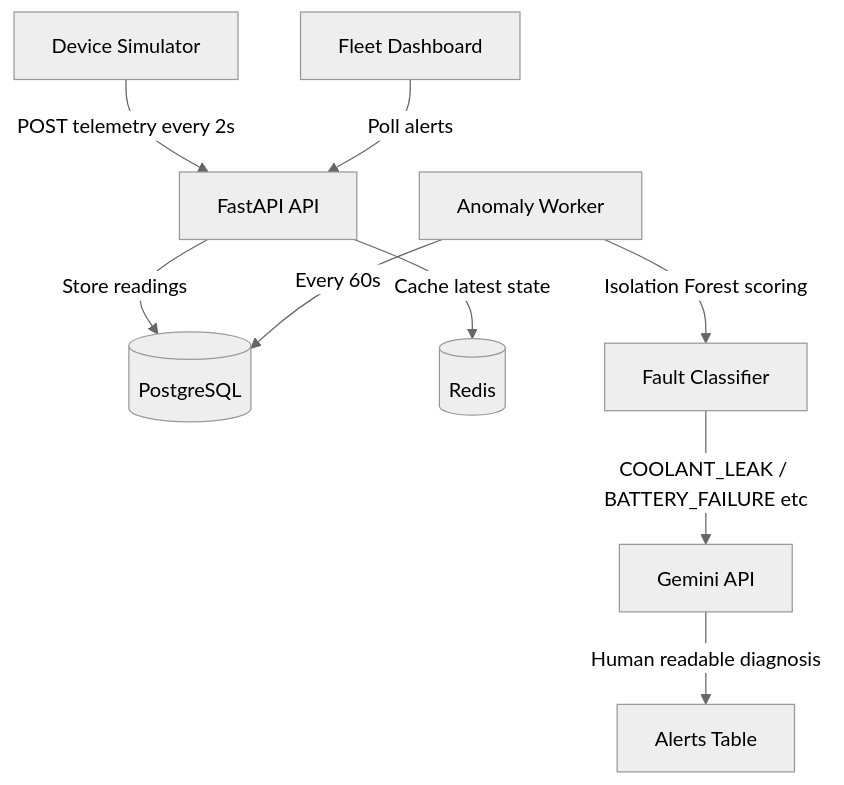
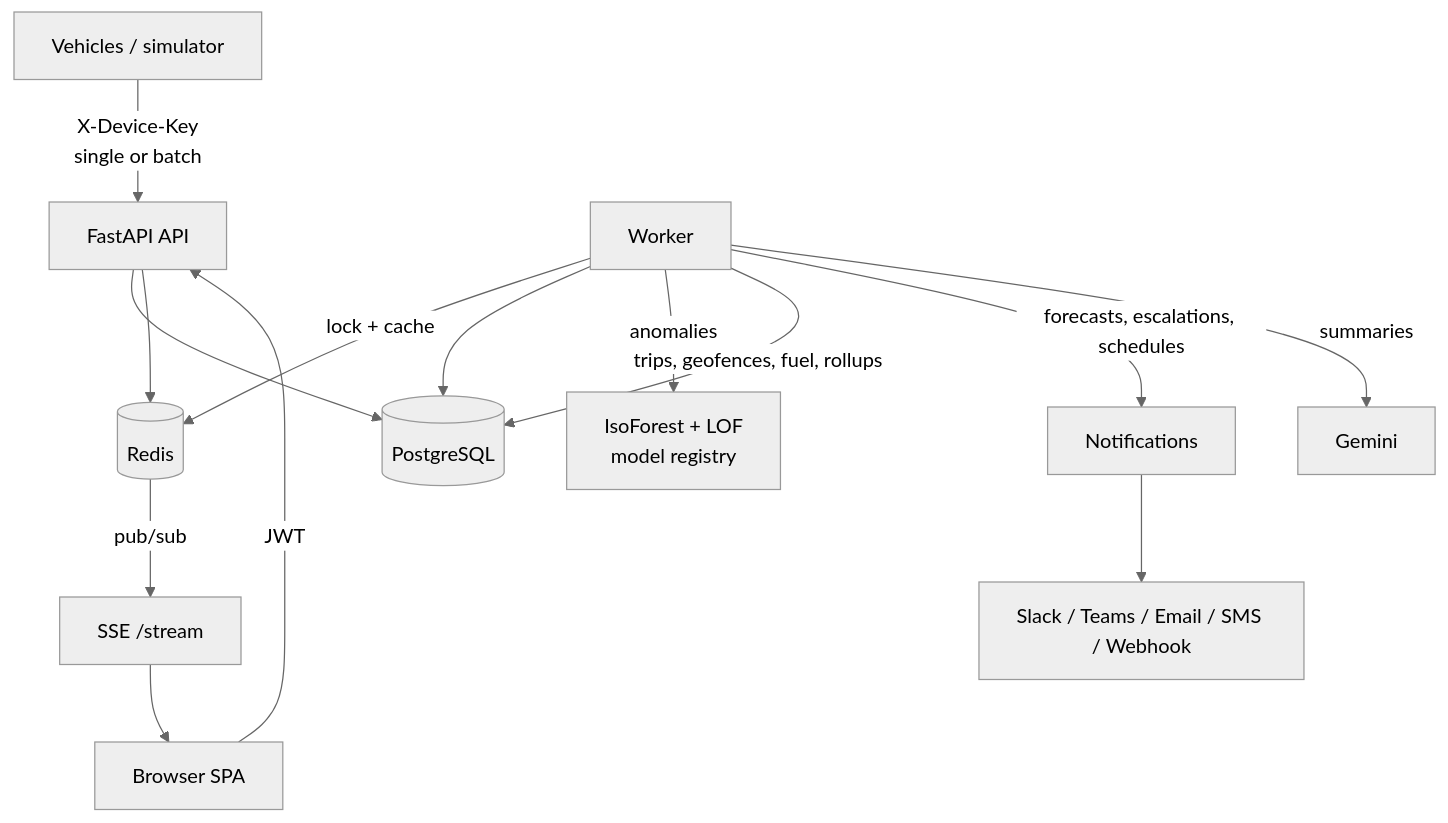
Before and after one commit to AqsaZahid309/vehicle-watch-Ver-2: the diagram in README.md, drawn with Mermaid (neutral theme). The commit also changed other lines of this file and 40 other files, not shown here.

Commit message:
Add React web app, realistic simulator, multi-stage Docker build, separate worker, CI

````diff
--- a/README.md
+++ b/README.md
@@ -11,11 +25,15 @@
 ```mermaid
 graph TD
-    A[Device Simulator] -->|POST telemetry every 2s| B[FastAPI API]
-    B -->|Store readings| C[(PostgreSQL)]
-    B -->|Cache latest state| D[(Redis)]
-    E[Anomaly Worker] -->|Every 60s| C
-    E -->|Isolation Forest scoring| F[Fault Classifier]
-    F -->|COOLANT_LEAK / BATTERY_FAILURE etc| G[Gemini API]
-    G -->|Human readable diagnosis| H[Alerts Table]
-    I[Fleet Dashboard] -->|Poll alerts| B
+    D[Vehicles / simulator] -->|X-Device-Key<br/>single or batch| API[FastAPI API]
+    B[Browser SPA] -->|JWT| API
+    API --> PG[(PostgreSQL)]
+    API --> R[(Redis)]
+    R -->|pub/sub| SSE[SSE /stream] --> B
+    W[Worker] -->|lock + cache| R
+    W --> PG
+    W -->|anomalies| ML[IsoForest + LOF<br/>model registry]
+    W -->|trips, geofences, fuel, rollups| PG
+    W -->|forecasts, escalations, schedules| N[Notifications]
+    W -->|summaries| G[Gemini]
+    N --> S[Slack / Teams / Email / SMS / Webhook]
 ```
````
